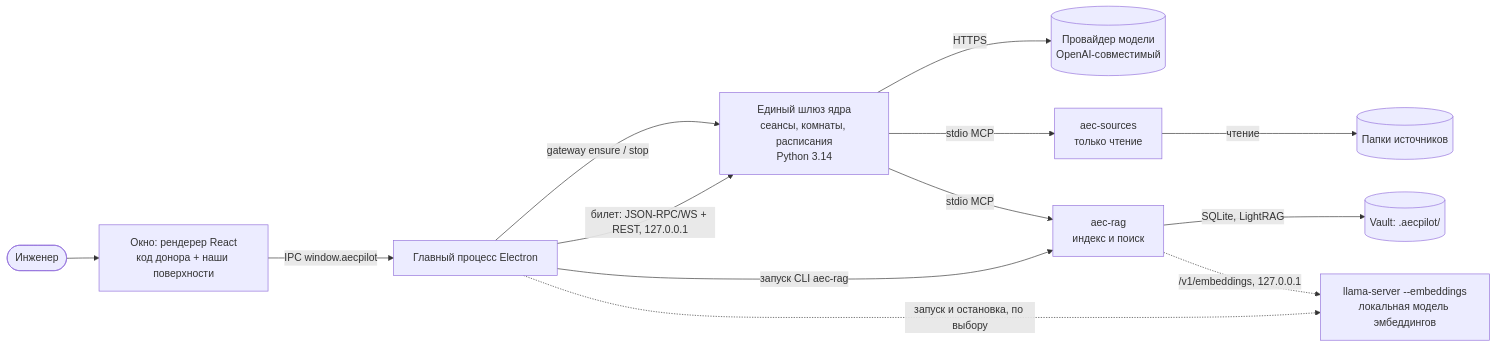
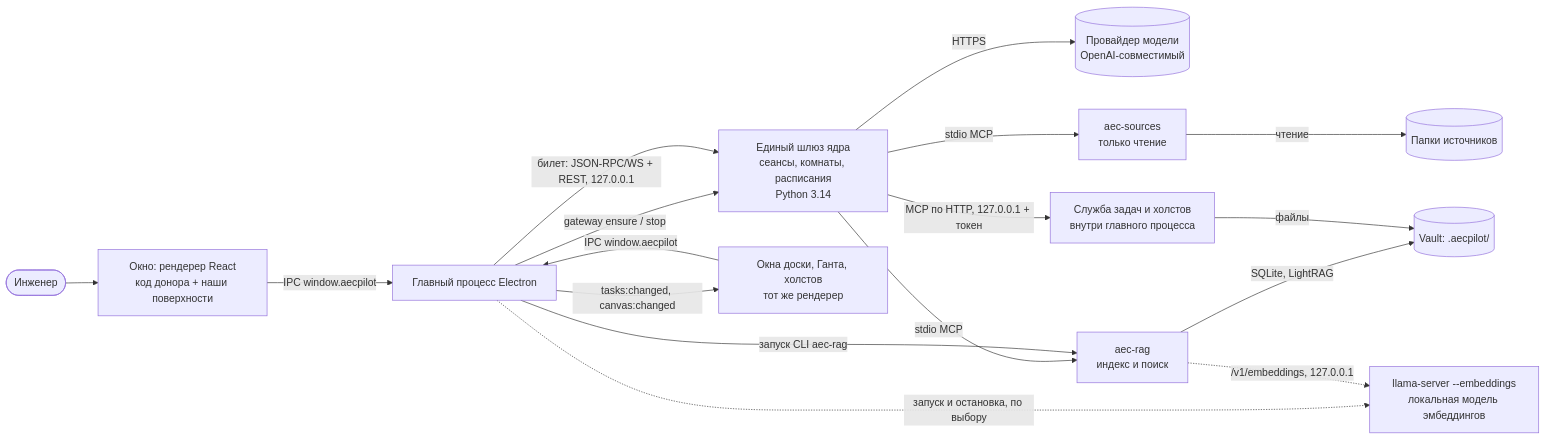
Before and after one commit to EvgenVer/AECPilot: the first of 2 diagrams in docs/ARCHITECTURE.md, drawn with Mermaid. The commit also changed other lines of this file and 9 other files, not shown here.

````diff
--- a/docs/ARCHITECTURE.md
+++ b/docs/ARCHITECTURE.md
@@ -33,15 +33,19 @@
 ```mermaid
 flowchart LR
   user([Инженер]) --> win[Окно: рендерер React<br/>код донора + наши поверхности]
   win -->|IPC window.aecpilot| main[Главный процесс Electron]
   main -->|gateway ensure / stop| core
   main -->|билет: JSON-RPC/WS + REST, 127.0.0.1| core[Единый шлюз ядра<br/>сеансы, комнаты, расписания<br/>Python 3.14]
   core -->|HTTPS| llm[(Провайдер модели<br/>OpenAI-совместимый)]
   core -->|stdio MCP| src[aec-sources<br/>только чтение]
   core -->|stdio MCP| rag[aec-rag<br/>индекс и поиск]
   src -->|чтение| folders[(Папки источников)]
   rag -->|SQLite, LightRAG| vault[(Vault: .aecpilot/)]
   main -->|запуск CLI aec-rag| rag
   main -.->|запуск и остановка, по выбору| embed[llama-server --embeddings<br/>локальная модель эмбеддингов]
   rag -.->|/v1/embeddings, 127.0.0.1| embed
+  views[Окна доски, Ганта, холстов<br/>тот же рендерер] -->|IPC window.aecpilot| main
+  main -->|tasks:changed, canvas:changed| views
+  core -->|MCP по HTTP, 127.0.0.1 + токен| wb[Служба задач и холстов<br/>внутри главного процесса]
+  wb -->|файлы| vault
 ```
````
